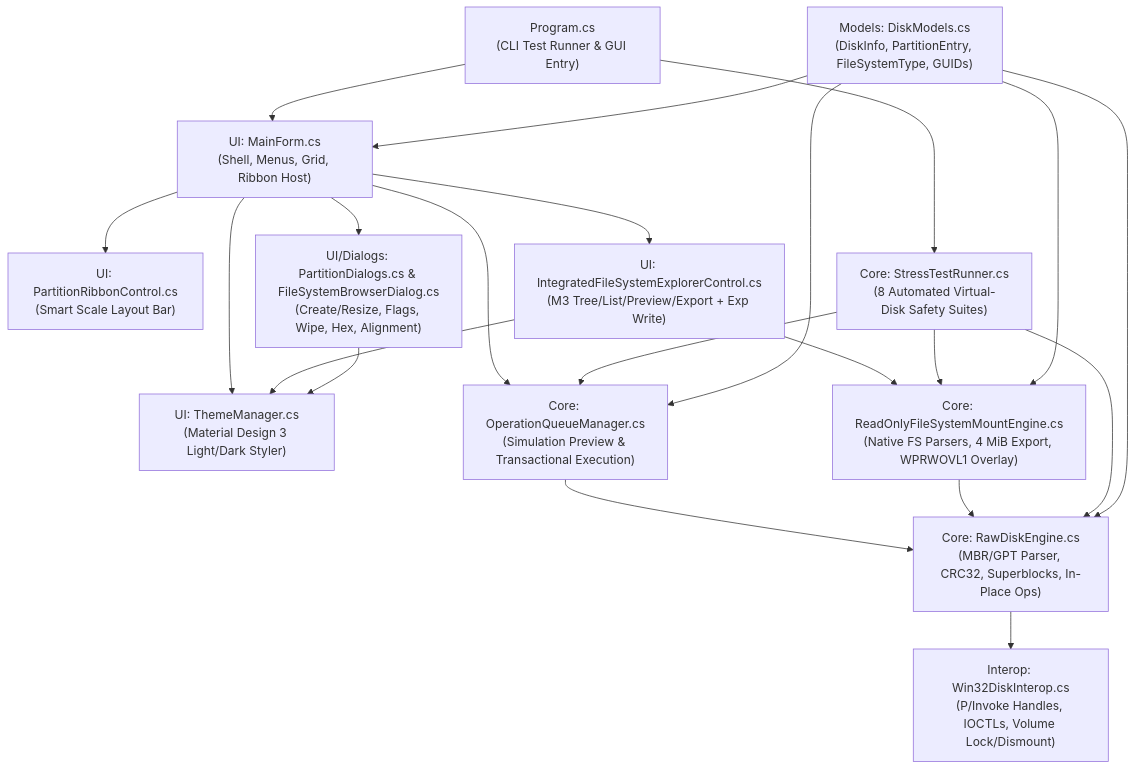
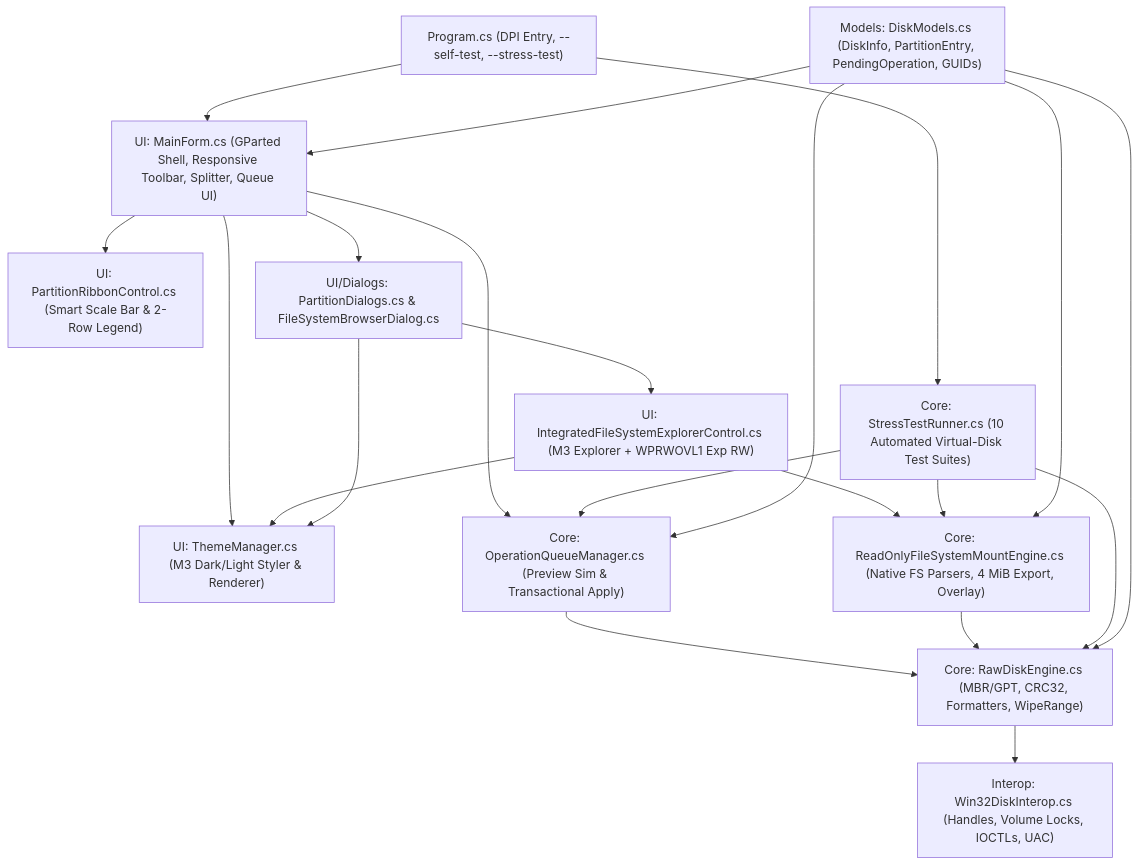
The diagram in ARCHITECTURE.md (Windows98Hacker/PartitionManager), drawn with Mermaid before and after one commit. The commit also changed other lines of this file and 11 other files, not shown here.

Commit message:
Remove compiled binaries from source tree, add two-row responsive ribbon/toolbar, update docs

````diff
--- a/ARCHITECTURE.md
+++ b/ARCHITECTURE.md
@@ -26,23 +27,23 @@
 ```mermaid
 flowchart TD
-    Program["Program.cs\n(CLI Test Runner & GUI Entry)"] --> MainForm["UI: MainForm.cs\n(Shell, Menus, Grid, Ribbon Host)"]
-    MainForm --> Ribbon["UI: PartitionRibbonControl.cs\n(Smart Scale Layout Bar)"]
-    MainForm --> Explorer["UI: IntegratedFileSystemExplorerControl.cs\n(M3 Tree/List/Preview/Export + Exp Write)"]
-    MainForm --> Dialogs["UI/Dialogs: PartitionDialogs.cs & FileSystemBrowserDialog.cs\n(Create/Resize, Flags, Wipe, Hex, Alignment)"]
-    MainForm --> Theme["UI: ThemeManager.cs\n(Material Design 3 Light/Dark Styler)"]
+    Program["Program.cs (DPI Entry, --self-test, --stress-test)"] --> MainForm["UI: MainForm.cs (GParted Shell, Responsive Toolbar, Splitter, Queue UI)"]
+    MainForm --> Ribbon["UI: PartitionRibbonControl.cs (Smart Scale Bar & 2-Row Legend)"]
+    MainForm --> Dialogs["UI/Dialogs: PartitionDialogs.cs & FileSystemBrowserDialog.cs"]
+    Dialogs --> Explorer["UI: IntegratedFileSystemExplorerControl.cs (M3 Explorer + WPRWOVL1 Exp RW)"]
+    MainForm --> Theme["UI: ThemeManager.cs (M3 Dark/Light Styler & Renderer)"]
     Explorer --> Theme
     Dialogs --> Theme
-    MainForm --> Queue["Core: OperationQueueManager.cs\n(Simulation Preview & Transactional Execution)"]
-    Explorer --> Mount["Core: ReadOnlyFileSystemMountEngine.cs\n(Native FS Parsers, 4 MiB Export, WPRWOVL1 Overlay)"]
-    Queue --> Raw["Core: RawDiskEngine.cs\n(MBR/GPT Parser, CRC32, Superblocks, In-Place Ops)"]
+    MainForm --> Queue["Core: OperationQueueManager.cs (Preview Sim & Transactional Apply)"]
+    Explorer --> Mount["Core: ReadOnlyFileSystemMountEngine.cs (Native FS Parsers, 4 MiB Export, Overlay)"]
+    Queue --> Raw["Core: RawDiskEngine.cs (MBR/GPT, CRC32, Formatters, WipeRange)"]
     Mount --> Raw
-    Raw --> Interop["Interop: Win32DiskInterop.cs\n(P/Invoke Handles, IOCTLs, Volume Lock/Dismount)"]
-    Program --> Stress["Core: StressTestRunner.cs\n(8 Automated Virtual-Disk Safety Suites)"]
+    Raw --> Interop["Interop: Win32DiskInterop.cs (Handles, Volume Locks, IOCTLs, UAC)"]
+    Program --> Stress["Core: StressTestRunner.cs (10 Automated Virtual-Disk Test Suites)"]
     Stress --> Queue
     Stress --> Mount
     Stress --> Raw
-    Models["Models: DiskModels.cs\n(DiskInfo, PartitionEntry, FileSystemType, GUIDs)"] --> Raw
+    Models["Models: DiskModels.cs (DiskInfo, PartitionEntry, PendingOperation, GUIDs)"] --> Raw
     Models --> Queue
     Models --> Mount
     Models --> MainForm
 ```
````
